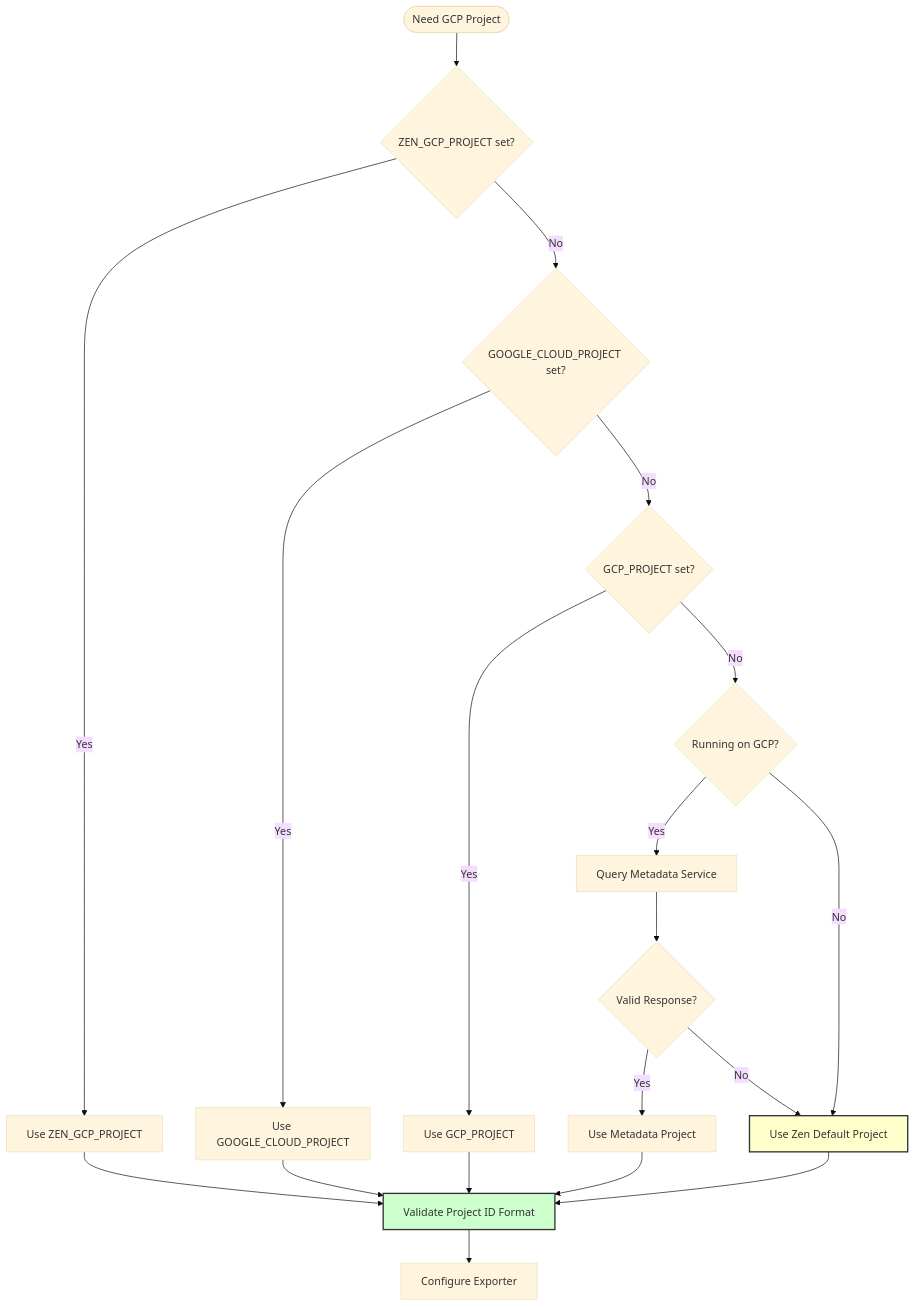
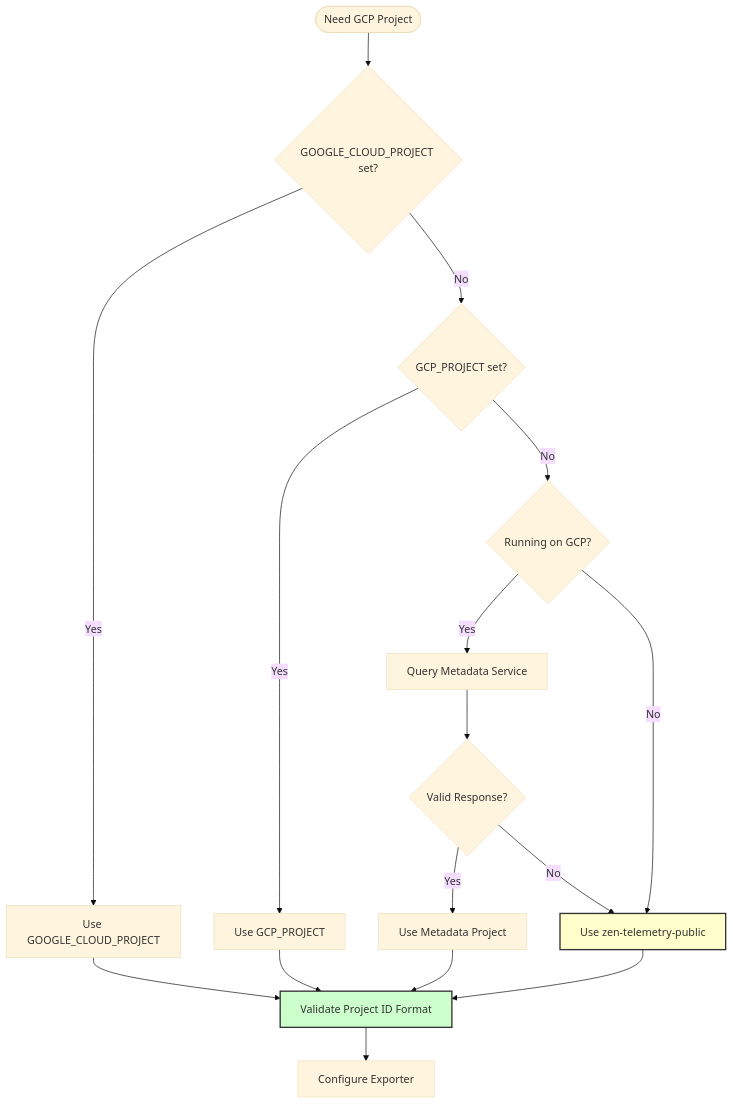
The sixth of 14 diagrams in opentelemetry_implementation_plan.md (netra-systems/zen), drawn with Mermaid (base theme) before and after one commit. The commit also changed other lines of this file, not shown here.

````diff
--- a/opentelemetry_implementation_plan.md
+++ b/opentelemetry_implementation_plan.md
@@ -392,30 +636,26 @@
 ```mermaid
 flowchart TD
-    Start([Need GCP Project]) --> Env1{ZEN_GCP_PROJECT set?}
-    Env1 -->|Yes| Use1[Use ZEN_GCP_PROJECT]
-    Env1 -->|No| Env2{GOOGLE_CLOUD_PROJECT set?}
+    Start([Need GCP Project]) --> Env1{GOOGLE_CLOUD_PROJECT set?}
+    Env1 -->|Yes| Use1[Use GOOGLE_CLOUD_PROJECT]
+    Env1 -->|No| Env2{GCP_PROJECT set?}
 
-    Env2 -->|Yes| Use2[Use GOOGLE_CLOUD_PROJECT]
-    Env2 -->|No| Env3{GCP_PROJECT set?}
-
-    Env3 -->|Yes| Use3[Use GCP_PROJECT]
-    Env3 -->|No| Meta{Running on GCP?}
+    Env2 -->|Yes| Use2[Use GCP_PROJECT]
+    Env2 -->|No| Meta{Running on GCP?}
 
     Meta -->|Yes| Metadata[Query Metadata Service]
-    Meta -->|No| Fallback[Use Zen Default Project]
+    Meta -->|No| Fallback[Use zen-telemetry-public]
 
     Metadata --> Valid{Valid Response?}
     Valid -->|Yes| UseMetadata[Use Metadata Project]
     Valid -->|No| Fallback
 
     Use1 --> Validate[Validate Project ID Format]
     Use2 --> Validate
-    Use3 --> Validate
     UseMetadata --> Validate
     Fallback --> Validate
 
     Validate --> Final[Configure Exporter]
 
     style Fallback fill:#ffc,stroke:#333,stroke-width:2px
     style Validate fill:#cfc,stroke:#333,stroke-width:2px
 ```
````
